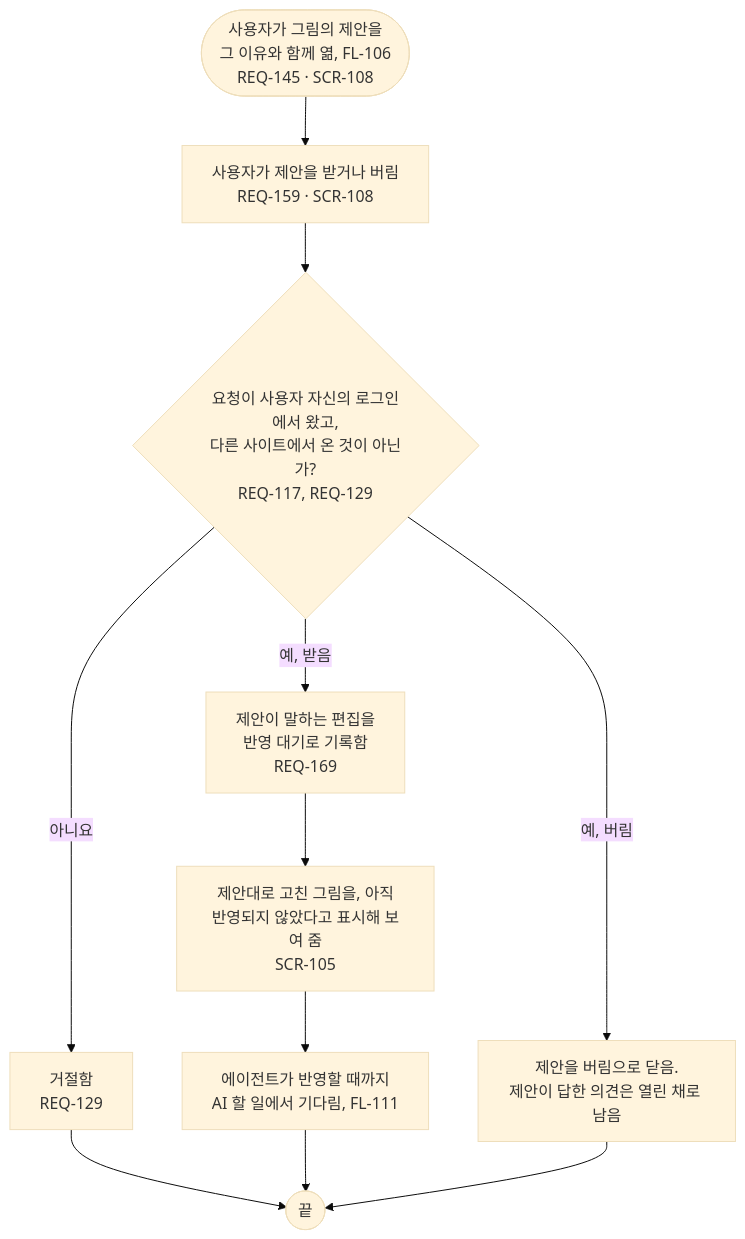
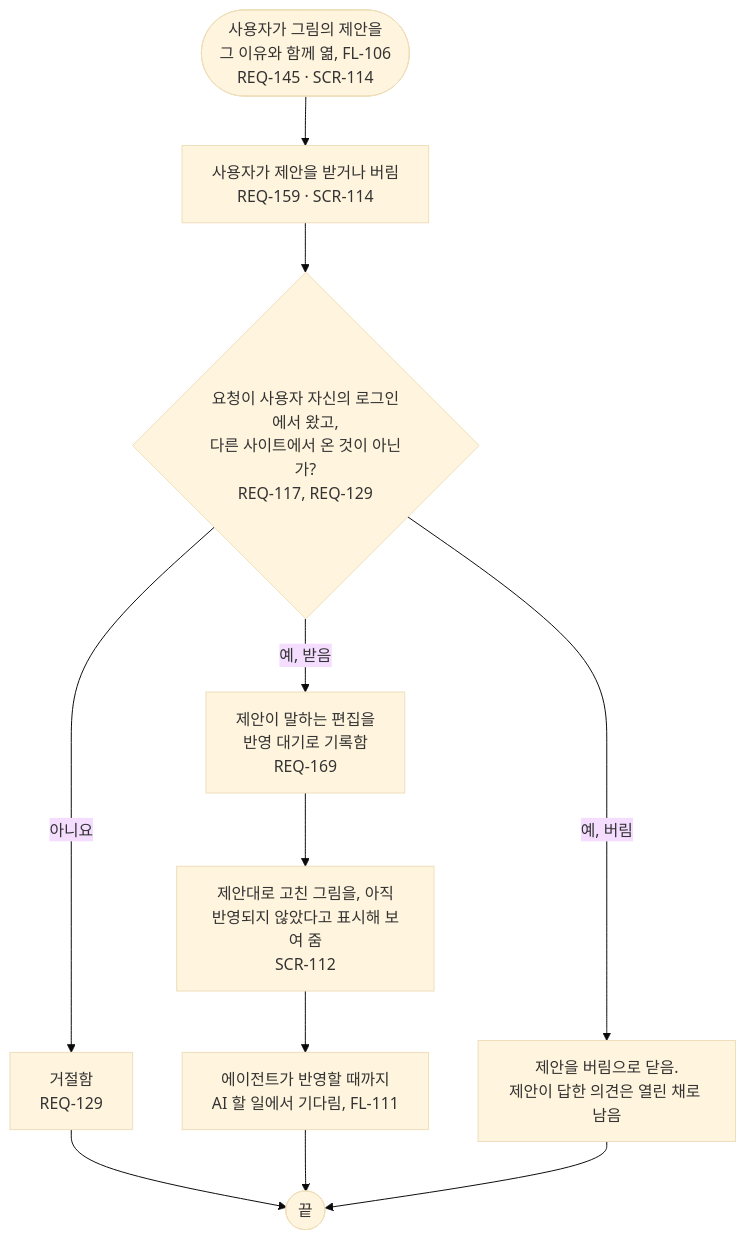
The diagram in docs/03-user-flow/nexus/FL-110-accept-or-dismiss-a-proposal.ko.md (kodonghui/corthex-nexus), drawn with Mermaid (base theme) before and after one commit. The commit also changed other lines of this file and 19 other files, not shown here.

First line of the commit message:
docs(nexus): remove 0.2's screens from the sitemap and name the redesign's in five flows (TASK-278)

````diff
--- a/docs/03-user-flow/nexus/FL-110-accept-or-dismiss-a-proposal.ko.md
+++ b/docs/03-user-flow/nexus/FL-110-accept-or-dismiss-a-proposal.ko.md
@@ -9,13 +9,13 @@
 ```mermaid
 flowchart TD
-  A(["사용자가 그림의 제안을<br/>그 이유와 함께 엶, FL-106<br/>REQ-145 · SCR-108"]) --> B["사용자가 제안을 받거나 버림<br/>REQ-159 · SCR-108"]
+  A(["사용자가 그림의 제안을<br/>그 이유와 함께 엶, FL-106<br/>REQ-145 · SCR-114"]) --> B["사용자가 제안을 받거나 버림<br/>REQ-159 · SCR-114"]
   B --> C{"요청이 사용자 자신의 로그인에서 왔고,<br/>다른 사이트에서 온 것이 아닌가?<br/>REQ-117, REQ-129"}
   C -->|아니요| R["거절함<br/>REQ-129"]
   R --> Z(["끝"])
   C -->|예, 받음| E["제안이 말하는 편집을<br/>반영 대기로 기록함<br/>REQ-169"]
-  E --> F["제안대로 고친 그림을, 아직<br/>반영되지 않았다고 표시해 보여 줌<br/>SCR-105"]
+  E --> F["제안대로 고친 그림을, 아직<br/>반영되지 않았다고 표시해 보여 줌<br/>SCR-112"]
   F --> G["에이전트가 반영할 때까지<br/>AI 할 일에서 기다림, FL-111"]
   G --> Z
   C -->|예, 버림| H["제안을 버림으로 닫음.<br/>제안이 답한 의견은 열린 채로 남음"]
   H --> Z
 ```
````
